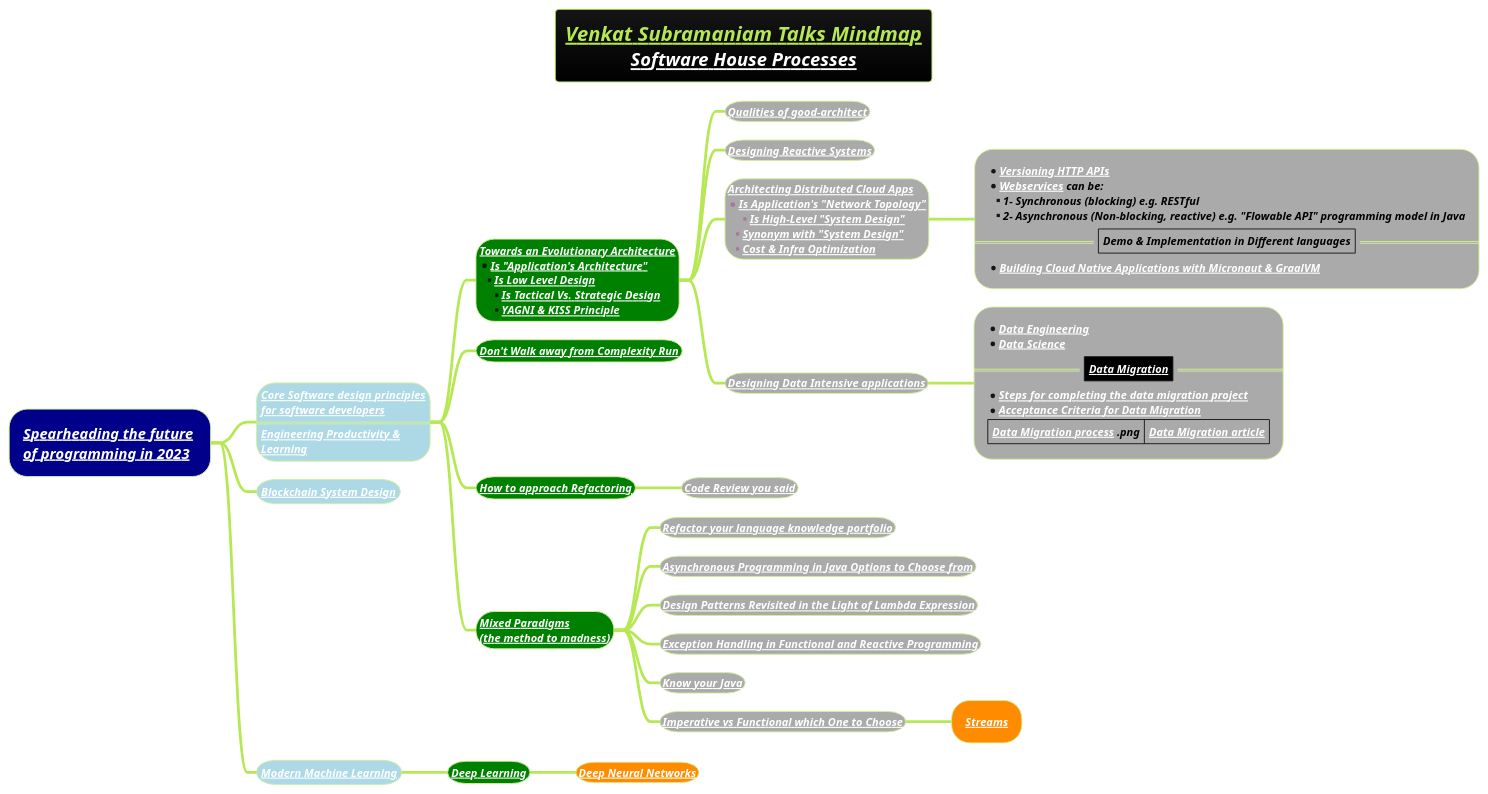
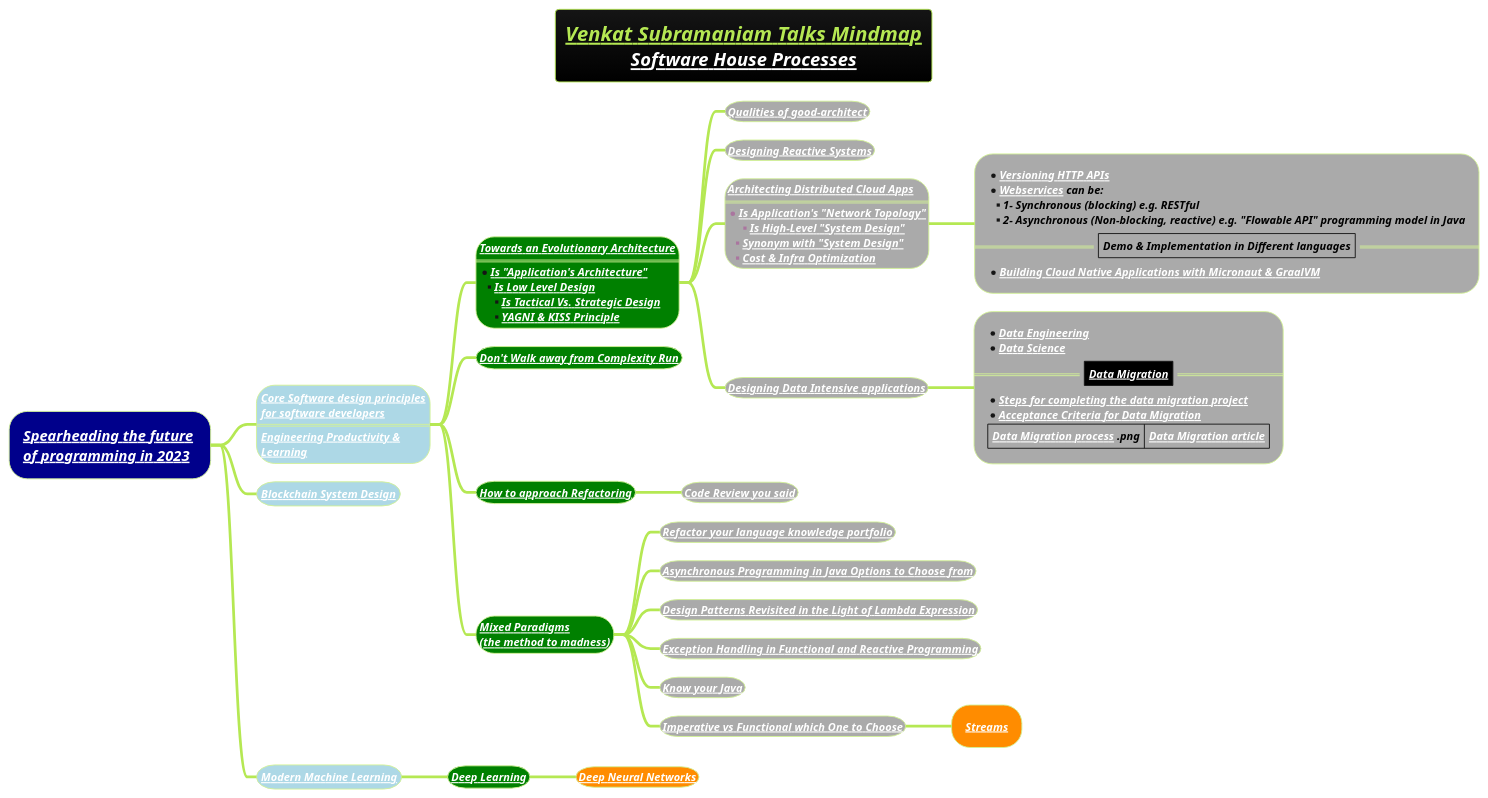
One commit to MehmoodHashmi/Documentation-as-Code-DaC changed the diagram in docs/3-programming-languages/Venkat-Subramaniam/venkat-talks-mindmap.puml. Above: the diagram before and after it, drawn with PlantUML. The commit also changed 1 other file, not shown here.

```diff
--- a/docs/3-programming-languages/Venkat-Subramaniam/venkat-talks-mindmap.puml
+++ b/docs/3-programming-languages/Venkat-Subramaniam/venkat-talks-mindmap.puml
@@ -1,58 +1,61 @@
 @startmindmap
 title =<i><b><u><size:18>Venkat Subramaniam Talks Mindmap \n<i>[[docs/1-business-analyst/client-management/software-house/Software-House-Processes.puml Software House Processes]]
 !theme hacker
 
 *[#darkblue] <i><color #black>[[docs/3-programming-languages/Venkat-Subramaniam/Spearheading-the-future-of-programming-2023.puml Spearheading the future]] \n<i><color #black>[[docs/3-programming-languages/Venkat-Subramaniam/Spearheading-the-future-of-programming-2023.puml of programming in 2023]]
 **[#lightblue]:<color:white><i><size:12>[[docs/3-programming-languages/Venkat-Subramaniam/Core-Software-design-principles-for-software-developers.puml Core Software design principles]]
 <color:white><i><size:12>[[docs/3-programming-languages/Venkat-Subramaniam/Core-Software-design-principles-for-software-developers.puml for software developers]]
 ====
 <b><i><color #black><size:12>[[docs/3-programming-languages/Venkat-Subramaniam/Engineering-Productivity-and-Learning.puml Engineering Productivity &]]
 <b><i><color #black><size:12>[[docs/3-programming-languages/Venkat-Subramaniam/Engineering-Productivity-and-Learning.puml Learning]];
 
 ***[#green]:<b><i><color #black><size:12>[[docs/3-programming-languages/Venkat-Subramaniam/Towards-an-Evolutionary-Architecture.puml Towards an Evolutionary Architecture]]
-*<b><i><color #black><size:12>[[docs/3-programming-languages/Venkat-Subramaniam/Towards-an-Evolutionary-Architecture.puml Is "Application's Architecture"]]
+====
+*<b><i><color #black><size:12>[[docs/3-programming-languages/Venkat-Subramaniam/images/img_149.png Is "Application's Architecture"]]
 **<b><i><color #black><size:12>[[docs/3-programming-languages/Venkat-Subramaniam/Towards-an-Evolutionary-Architecture.puml Is Low Level Design]]
-***<b><i><color #black><size:12>[[docs/3-programming-languages/Venkat-Subramaniam/Towards-an-Evolutionary-Architecture.puml Is Tactical Vs. Strategic Design]]
+***<b><i><color #black><size:12>[[docs/3-programming-languages/Venkat-Subramaniam/Core-Software-design-principles-for-software-developers.puml Is Tactical Vs. Strategic Design]]
 ***<b><i><color #black><size:12>[[docs/3-programming-languages/Venkat-Subramaniam/Towards-an-Evolutionary-Architecture.puml YAGNI & KISS Principle]];
+
 ****[#a] <b><i><color #black><size:12>[[docs/3-programming-languages/Venkat-Subramaniam/Qualities-of-good-architect.puml Qualities of good-architect]]
 ****[#a] <b><i><color #black><size:12>[[docs/3-programming-languages/Venkat-Subramaniam/Designing-Reactive-Systems.puml Designing Reactive Systems]]
 
 ****[#a]:<b><i><color #black><size:12>[[docs/3-programming-languages/Venkat-Subramaniam/Architecting-Distributed-Cloud-Apps.puml Architecting Distributed Cloud Apps]]
-*<b><i><color #black><size:12>[[docs/3-programming-languages/Venkat-Subramaniam/Architecting-Distributed-Cloud-Apps.puml Is Application's "Network Topology"]]
+====
+*<b><i><color #black><size:12>[[docs/3-programming-languages/Venkat-Subramaniam/images/img_149.png Is Application's "Network Topology"]]
 ***<b><i><color #black><size:12>[[docs/3-programming-languages/Venkat-Subramaniam/Architecting-Distributed-Cloud-Apps.puml Is High-Level "System Design"]]
 **<b><i><color #black><size:12>[[docs/3-programming-languages/Venkat-Subramaniam/Architecting-Distributed-Cloud-Apps.puml Synonym with "System Design"]]
 **<b><i><color #black><size:12>[[docs/3-programming-languages/Venkat-Subramaniam/Architecting-Distributed-Cloud-Apps.puml Cost & Infra Optimization]];
 
 *****[#a]:*<b><i><color #black><size:12>[[docs/3-programming-languages/Venkat-Subramaniam/Architecting-Distributed-Cloud-Apps.puml Versioning HTTP APIs]]
 *<b><i><color #black><size:12>[[docs/3-programming-languages/Venkat-Subramaniam/webservice.puml Webservices]] can be:
 **<b><i><color #black><size:12>1- Synchronous (blocking) e.g. RESTful
 **<b><i><color #black><size:12>2- Asynchronous (Non-blocking, reactive) e.g. "Flowable API" programming model in Java
 ==|<b><i><color #black><size:12>Demo & Implementation in Different languages|==
 *<b><i><color #black><size:12>[[docs/3-programming-languages/Venkat-Subramaniam/Building-Cloud-Native-Applications-with-Micronaut-and-GraalVM.puml Building Cloud Native Applications with Micronaut & GraalVM]];
 ****[#a] <b><i><color #black><size:12>[[docs/books/1-books-backlog/DBMS/Designing-Data-Intensive-Applications.puml Designing Data Intensive applications]]
 *****[#a]:*<b><i><color #black><size:12>[[docs/AI-ML-DL-Data-Science-and-BigData/data-science/data-engineering/Data-Engineering.puml Data Engineering]]
 *<b><i><color #black><size:12>[[docs/AI-ML-DL-Data-Science-and-BigData/data-science/Data-Science.puml Data Science]]
 ==|<#black><b><i><color #black><size:12>[[docs/AI-ML-DL-Data-Science-and-BigData/data-science/data-or-database-migration/Data-Migration.puml Data Migration]]|==
 *<b><i><color #black><size:12>[[docs/AI-ML-DL-Data-Science-and-BigData/data-science/data-or-database-migration/steps-for-completing-the-data-migration-project.puml Steps for completing the data migration project]]
 *<b><i><color #black><size:12>[[docs/AI-ML-DL-Data-Science-and-BigData/data-science/data-or-database-migration/Acceptance-Criteria-for-Data-Migration.puml Acceptance Criteria for Data Migration]]
 |<b><i><color #black><size:12>[[docs/AI-ML-DL-Data-Science-and-BigData/data-science/data-or-database-migration/images/img_1.png Data Migration process]] .png|<b><i><color #black><size:12>[[https://corporatefinanceinstitute.com/resources/data-science/data-migration/ Data Migration article]]|;
 
 ***[#green] <b><i><color #black><size:12>[[docs/3-programming-languages/Venkat-Subramaniam/Do-not-Walk-Away-From-Complexity-Run.puml Don't Walk away from Complexity Run]]
 ***[#green] <b><i><color #black><size:12>[[docs/3-programming-languages/Venkat-Subramaniam/how-to-approach-refactoring.puml How to approach Refactoring]]
 ****[#a] <b><i><color #black><size:12>[[docs/3-programming-languages/Venkat-Subramaniam/Code-Review-you-said.puml Code Review you said]]
 ***[#green] <b><i><color #black><size:12>[[docs/3-programming-languages/Venkat-Subramaniam/mixed-paradigms-(the-method-to-madness).puml Mixed Paradigms]] \n<b><i><color #black><size:12>[[docs/3-programming-languages/Venkat-Subramaniam/mixed-paradigms-(the-method-to-madness).puml (the method to madness)]]
 ****[#a] <b><i><color #black><size:12>[[docs/3-programming-languages/Venkat-Subramaniam/Refactor-your-language-knowledge-portfolio-(we-are-what-we-can-code-in).puml Refactor your language knowledge portfolio]]
 ****[#a] <b><i><color #black><size:12>[[docs/3-programming-languages/Venkat-Subramaniam/Asynchronous-Programming-in-Java-Options-to-Choose-from.puml Asynchronous Programming in Java Options to Choose from]]
 ****[#a] <b><i><color #black><size:12>[[docs/3-programming-languages/Venkat-Subramaniam/Design-Patterns-revisited-in-the-Light-of-Lambda-Expression.puml Design Patterns Revisited in the Light of Lambda Expression]]
 ****[#a] <b><i><color #black><size:12>[[docs/3-programming-languages/Venkat-Subramaniam/Exception-Handling-in-Functional-and-Reactive-Programming.puml Exception Handling in Functional and Reactive Programming]]
 ****[#a] <b><i><color #black><size:12>[[docs/3-programming-languages/Venkat-Subramaniam/Know-your-java-venkat.puml Know your Java]]
 ****[#a] <b><i><color #black><size:12>[[docs/3-programming-languages/Venkat-Subramaniam/Imperative-vs-Functional-Which-one-to-Choose.puml Imperative vs Functional which One to Choose]]
 *****[#darkorange] <b><i><color #black><size:12>[[docs/3-programming-languages/Venkat-Subramaniam/Streams.puml Streams]]
 
 **[#lightblue] <color:white><i><size:12>[[docs/blockchain/Blockchain-System-Design.puml Blockchain System Design]]
 
 **[#lightblue] <b><i><color #black><size:12>[[docs/AI-ML-DL-Data-Science-and-BigData/machine-learning-ML/Modern-Machine-Learning.puml Modern Machine Learning]]
 ***[#green] <b><i><color #black><size:12>[[docs/AI-ML-DL-Data-Science-and-BigData/machine-learning-ML/3-deep-learning-DL/Deep-Learning.puml Deep Learning]]
 ****[#darkorange] <b><i><color #black><size:12>[[docs/AI-ML-DL-Data-Science-and-BigData/machine-learning-ML/3-deep-learning-DL/Neural-Network-Architecture.puml Deep Neural Networks]]
 
 @endmindmap
```
